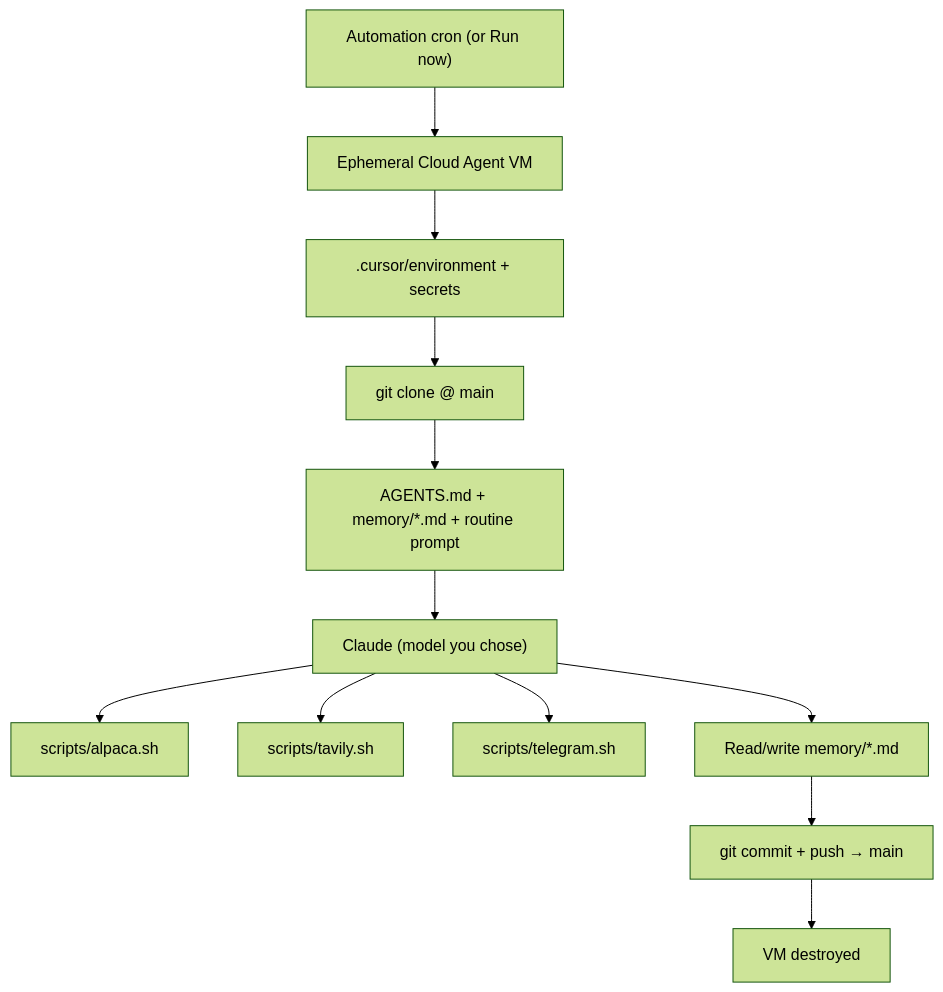
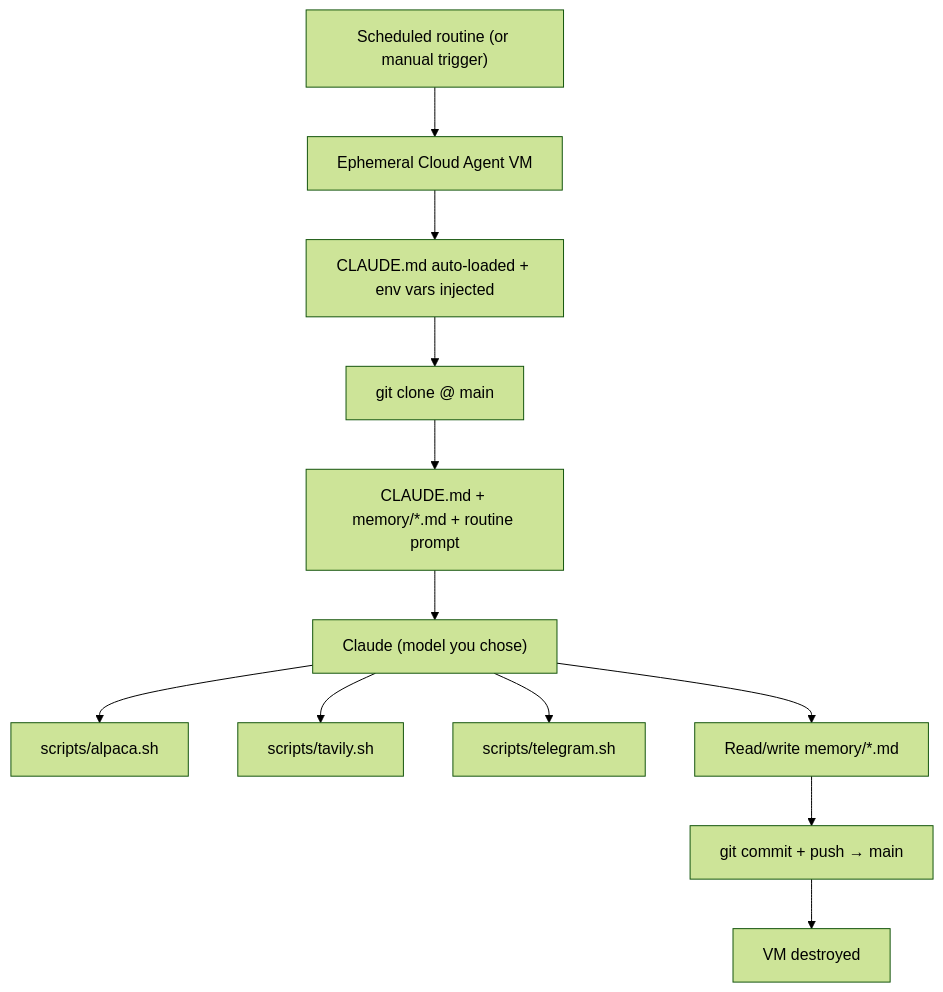
Before and after one commit to HOSH19/Claude_Trader: the diagram in README.md, drawn with Mermaid (forest theme). The commit also changed other lines of this file and 3 other files, not shown here.

First line of the commit message:
migrate: Cursor Automations → Claude Code scheduled routines

````diff
--- a/README.md
+++ b/README.md
@@ -66,14 +17,14 @@
 ```mermaid
 flowchart TB
-    cron["Automation cron (or Run now)"] --> vm["Ephemeral Cloud Agent VM"]
-    vm --> boot[".cursor/environment + secrets"]
+    cron["Scheduled routine (or manual trigger)"] --> vm["Ephemeral Cloud Agent VM"]
+    vm --> boot["CLAUDE.md auto-loaded + env vars injected"]
     boot --> clone["git clone @ main"]
-    clone --> read["AGENTS.md + memory/*.md + routine prompt"]
+    clone --> read["CLAUDE.md + memory/*.md + routine prompt"]
     read --> work["Claude (model you chose)"]
     work --> alpaca["scripts/alpaca.sh"]
     work --> tavily["scripts/tavily.sh"]
     work --> telegram["scripts/telegram.sh"]
     work --> mem["Read/write memory/*.md"]
     mem --> push["git commit + push → main"]
     push --> x["VM destroyed"]
 ```
````
